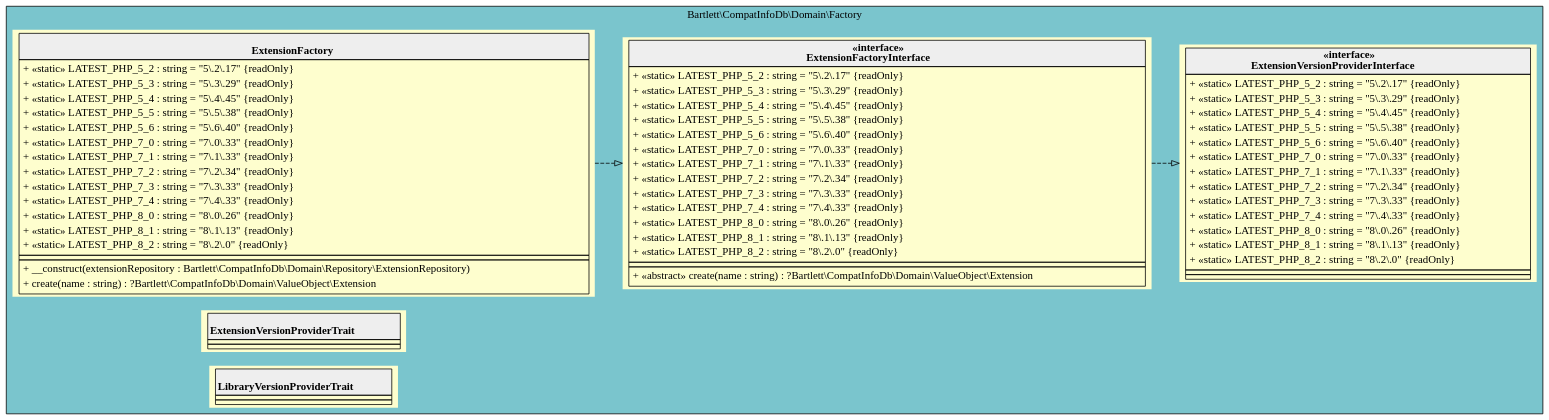
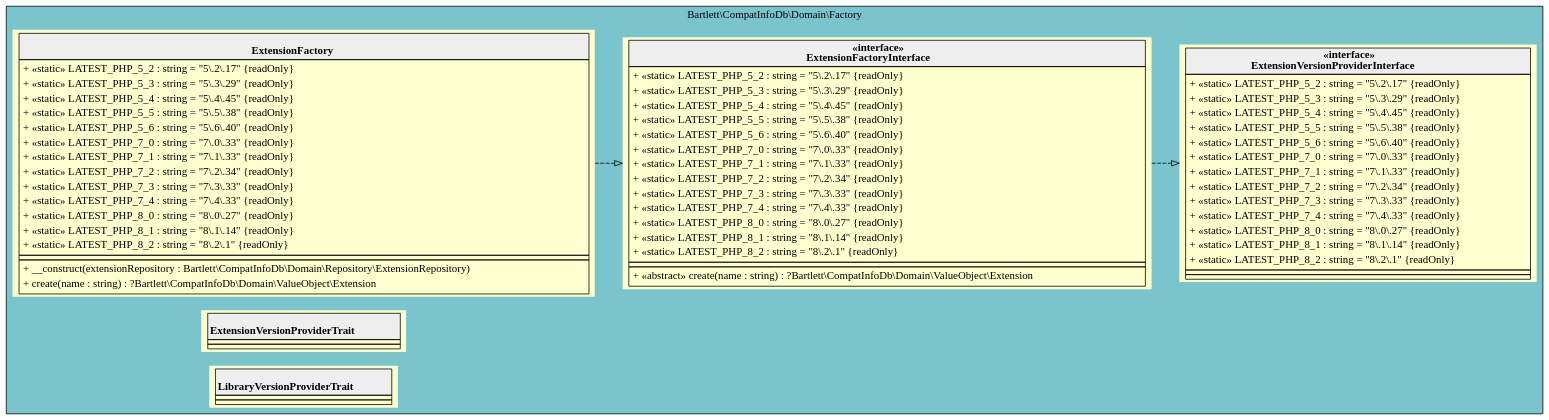
One commit to llaville/php-compatinfo-db changed the diagram in 5.x/assets/images/domain-factory.html.gv. Above: the diagram before and after it, drawn with Graphviz. The commit also changed 38 other files, not shown here.

```diff
--- a/5.x/assets/images/domain-factory.html.gv
+++ b/5.x/assets/images/domain-factory.html.gv
@@ -1,90 +1,90 @@
 digraph {
   graph [rankdir="LR" bgcolor="transparent"]
   node [fillcolor="#FEFECE" style="filled"]
   subgraph cluster_0 {
     graph [bgcolor="cadetblue3"]
     label = "Bartlett\\CompatInfoDb\\Domain\\Factory"
     "Bartlett\\CompatInfoDb\\Domain\\Factory\\ExtensionFactory" [shape="none" label=<
 <table cellspacing="0" border="0" cellborder="1">
     <tr><td bgcolor="#eeeeee"><b><br/>ExtensionFactory</b></td></tr>
     <tr><td><table border="0" cellspacing="0" cellpadding="2">
     <tr><td align="left">+ «static» LATEST_PHP_5_2 : string = "5\.2\.17" {readOnly}</td></tr>
     <tr><td align="left">+ «static» LATEST_PHP_5_3 : string = "5\.3\.29" {readOnly}</td></tr>
     <tr><td align="left">+ «static» LATEST_PHP_5_4 : string = "5\.4\.45" {readOnly}</td></tr>
     <tr><td align="left">+ «static» LATEST_PHP_5_5 : string = "5\.5\.38" {readOnly}</td></tr>
     <tr><td align="left">+ «static» LATEST_PHP_5_6 : string = "5\.6\.40" {readOnly}</td></tr>
     <tr><td align="left">+ «static» LATEST_PHP_7_0 : string = "7\.0\.33" {readOnly}</td></tr>
     <tr><td align="left">+ «static» LATEST_PHP_7_1 : string = "7\.1\.33" {readOnly}</td></tr>
     <tr><td align="left">+ «static» LATEST_PHP_7_2 : string = "7\.2\.34" {readOnly}</td></tr>
     <tr><td align="left">+ «static» LATEST_PHP_7_3 : string = "7\.3\.33" {readOnly}</td></tr>
     <tr><td align="left">+ «static» LATEST_PHP_7_4 : string = "7\.4\.33" {readOnly}</td></tr>
-    <tr><td align="left">+ «static» LATEST_PHP_8_0 : string = "8\.0\.26" {readOnly}</td></tr>
-    <tr><td align="left">+ «static» LATEST_PHP_8_1 : string = "8\.1\.13" {readOnly}</td></tr>
-    <tr><td align="left">+ «static» LATEST_PHP_8_2 : string = "8\.2\.0" {readOnly}</td></tr>
+    <tr><td align="left">+ «static» LATEST_PHP_8_0 : string = "8\.0\.27" {readOnly}</td></tr>
+    <tr><td align="left">+ «static» LATEST_PHP_8_1 : string = "8\.1\.14" {readOnly}</td></tr>
+    <tr><td align="left">+ «static» LATEST_PHP_8_2 : string = "8\.2\.1" {readOnly}</td></tr>
 </table></td></tr>
     <tr><td></td></tr>
     <tr><td><table border="0" cellspacing="0" cellpadding="2">
     <tr><td align="left">+ __construct(extensionRepository : Bartlett\\CompatInfoDb\\Domain\\Repository\\ExtensionRepository)</td></tr>
     <tr><td align="left">+ create(name : string) : ?Bartlett\\CompatInfoDb\\Domain\\ValueObject\\Extension</td></tr>
 </table></td></tr>
 </table>>]
     "Bartlett\\CompatInfoDb\\Domain\\Factory\\ExtensionFactoryInterface" [shape="none" label=<
 <table cellspacing="0" border="0" cellborder="1">
     <tr><td bgcolor="#eeeeee"><b>«interface»<br/>ExtensionFactoryInterface</b></td></tr>
     <tr><td><table border="0" cellspacing="0" cellpadding="2">
     <tr><td align="left">+ «static» LATEST_PHP_5_2 : string = "5\.2\.17" {readOnly}</td></tr>
     <tr><td align="left">+ «static» LATEST_PHP_5_3 : string = "5\.3\.29" {readOnly}</td></tr>
     <tr><td align="left">+ «static» LATEST_PHP_5_4 : string = "5\.4\.45" {readOnly}</td></tr>
     <tr><td align="left">+ «static» LATEST_PHP_5_5 : string = "5\.5\.38" {readOnly}</td></tr>
     <tr><td align="left">+ «static» LATEST_PHP_5_6 : string = "5\.6\.40" {readOnly}</td></tr>
     <tr><td align="left">+ «static» LATEST_PHP_7_0 : string = "7\.0\.33" {readOnly}</td></tr>
     <tr><td align="left">+ «static» LATEST_PHP_7_1 : string = "7\.1\.33" {readOnly}</td></tr>
     <tr><td align="left">+ «static» LATEST_PHP_7_2 : string = "7\.2\.34" {readOnly}</td></tr>
     <tr><td align="left">+ «static» LATEST_PHP_7_3 : string = "7\.3\.33" {readOnly}</td></tr>
     <tr><td align="left">+ «static» LATEST_PHP_7_4 : string = "7\.4\.33" {readOnly}</td></tr>
-    <tr><td align="left">+ «static» LATEST_PHP_8_0 : string = "8\.0\.26" {readOnly}</td></tr>
-    <tr><td align="left">+ «static» LATEST_PHP_8_1 : string = "8\.1\.13" {readOnly}</td></tr>
-    <tr><td align="left">+ «static» LATEST_PHP_8_2 : string = "8\.2\.0" {readOnly}</td></tr>
+    <tr><td align="left">+ «static» LATEST_PHP_8_0 : string = "8\.0\.27" {readOnly}</td></tr>
+    <tr><td align="left">+ «static» LATEST_PHP_8_1 : string = "8\.1\.14" {readOnly}</td></tr>
+    <tr><td align="left">+ «static» LATEST_PHP_8_2 : string = "8\.2\.1" {readOnly}</td></tr>
 </table></td></tr>
     <tr><td></td></tr>
     <tr><td><table border="0" cellspacing="0" cellpadding="2">
     <tr><td align="left">+ «abstract» create(name : string) : ?Bartlett\\CompatInfoDb\\Domain\\ValueObject\\Extension</td></tr>
 </table></td></tr>
 </table>>]
     "Bartlett\\CompatInfoDb\\Domain\\Factory\\ExtensionVersionProviderInterface" [shape="none" label=<
 <table cellspacing="0" border="0" cellborder="1">
     <tr><td bgcolor="#eeeeee"><b>«interface»<br/>ExtensionVersionProviderInterface</b></td></tr>
     <tr><td><table border="0" cellspacing="0" cellpadding="2">
     <tr><td align="left">+ «static» LATEST_PHP_5_2 : string = "5\.2\.17" {readOnly}</td></tr>
     <tr><td align="left">+ «static» LATEST_PHP_5_3 : string = "5\.3\.29" {readOnly}</td></tr>
     <tr><td align="left">+ «static» LATEST_PHP_5_4 : string = "5\.4\.45" {readOnly}</td></tr>
     <tr><td align="left">+ «static» LATEST_PHP_5_5 : string = "5\.5\.38" {readOnly}</td></tr>
     <tr><td align="left">+ «static» LATEST_PHP_5_6 : string = "5\.6\.40" {readOnly}</td></tr>
     <tr><td align="left">+ «static» LATEST_PHP_7_0 : string = "7\.0\.33" {readOnly}</td></tr>
     <tr><td align="left">+ «static» LATEST_PHP_7_1 : string = "7\.1\.33" {readOnly}</td></tr>
     <tr><td align="left">+ «static» LATEST_PHP_7_2 : string = "7\.2\.34" {readOnly}</td></tr>
     <tr><td align="left">+ «static» LATEST_PHP_7_3 : string = "7\.3\.33" {readOnly}</td></tr>
     <tr><td align="left">+ «static» LATEST_PHP_7_4 : string = "7\.4\.33" {readOnly}</td></tr>
-    <tr><td align="left">+ «static» LATEST_PHP_8_0 : string = "8\.0\.26" {readOnly}</td></tr>
-    <tr><td align="left">+ «static» LATEST_PHP_8_1 : string = "8\.1\.13" {readOnly}</td></tr>
-    <tr><td align="left">+ «static» LATEST_PHP_8_2 : string = "8\.2\.0" {readOnly}</td></tr>
+    <tr><td align="left">+ «static» LATEST_PHP_8_0 : string = "8\.0\.27" {readOnly}</td></tr>
+    <tr><td align="left">+ «static» LATEST_PHP_8_1 : string = "8\.1\.14" {readOnly}</td></tr>
+    <tr><td align="left">+ «static» LATEST_PHP_8_2 : string = "8\.2\.1" {readOnly}</td></tr>
 </table></td></tr>
     <tr><td></td></tr>
     <tr><td></td></tr>
 </table>>]
     "Bartlett\\CompatInfoDb\\Domain\\Factory\\ExtensionVersionProviderTrait" [shape="none" label=<
 <table cellspacing="0" border="0" cellborder="1">
     <tr><td bgcolor="#eeeeee"><b><br/>ExtensionVersionProviderTrait</b></td></tr>
     <tr><td></td></tr>
     <tr><td></td></tr>
 </table>>]
     "Bartlett\\CompatInfoDb\\Domain\\Factory\\LibraryVersionProviderTrait" [shape="none" label=<
 <table cellspacing="0" border="0" cellborder="1">
     <tr><td bgcolor="#eeeeee"><b><br/>LibraryVersionProviderTrait</b></td></tr>
     <tr><td></td></tr>
     <tr><td></td></tr>
 </table>>]
   }
   "Bartlett\\CompatInfoDb\\Domain\\Factory\\ExtensionFactoryInterface" -> "Bartlett\\CompatInfoDb\\Domain\\Factory\\ExtensionVersionProviderInterface" [arrowhead="empty" style="dashed"]
   "Bartlett\\CompatInfoDb\\Domain\\Factory\\ExtensionFactory" -> "Bartlett\\CompatInfoDb\\Domain\\Factory\\ExtensionFactoryInterface" [arrowhead="empty" style="dashed"]
 }
```
